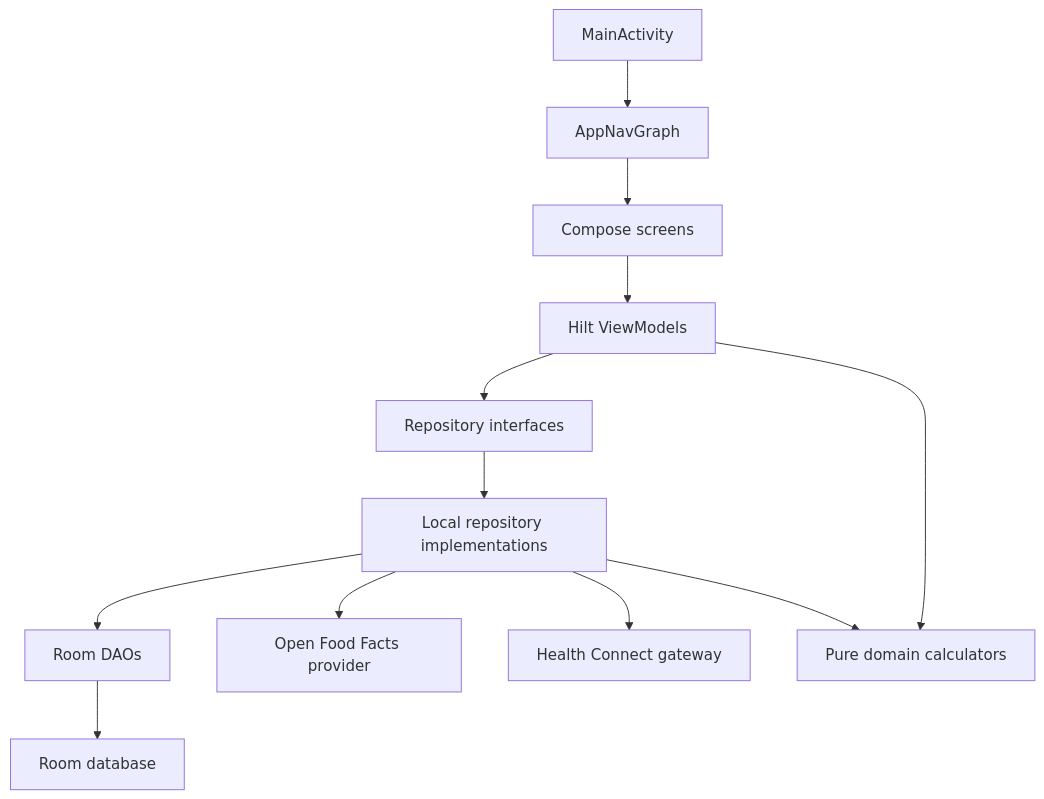
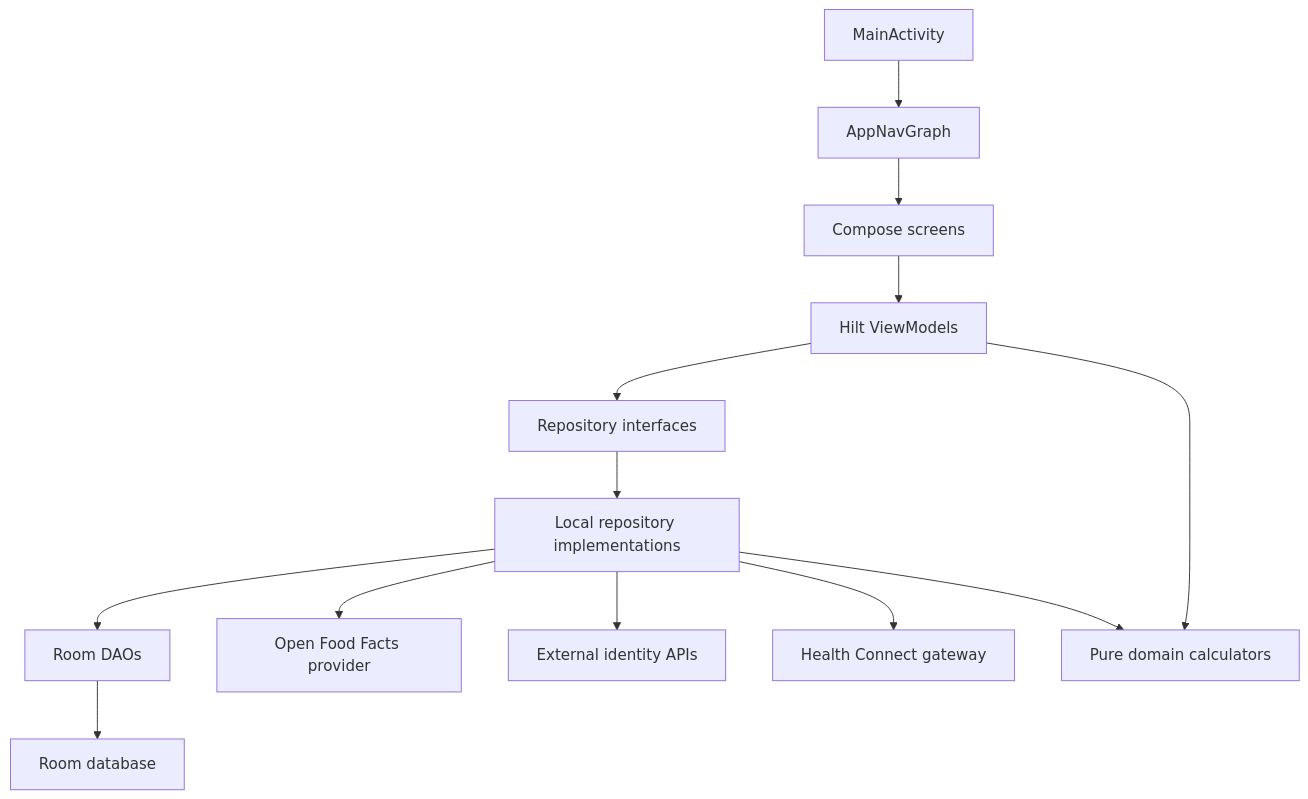
One commit to attmous/MusFit changed the diagram in docs/architecture/README.md. Above: the diagram before and after it, drawn with Mermaid. The commit also changed other lines of this file and 33 other files, not shown here.

````diff
--- a/docs/architecture/README.md
+++ b/docs/architecture/README.md
@@ -63,26 +65,28 @@
 ```mermaid
 flowchart TD
     MainActivity["MainActivity"]
     Nav["AppNavGraph"]
     Screens["Compose screens"]
     ViewModels["Hilt ViewModels"]
     Repos["Repository interfaces"]
     LocalRepos["Local repository implementations"]
     DAOs["Room DAOs"]
     DB["Room database"]
     Remote["Open Food Facts provider"]
+    AuthRemote["External identity APIs"]
     Health["Health Connect gateway"]
     Domain["Pure domain calculators"]
 
     MainActivity --> Nav
     Nav --> Screens
     Screens --> ViewModels
     ViewModels --> Repos
     ViewModels --> Domain
     Repos --> LocalRepos
     LocalRepos --> DAOs
     LocalRepos --> Remote
+    LocalRepos --> AuthRemote
     LocalRepos --> Health
     LocalRepos --> Domain
     DAOs --> DB
 ```
````
